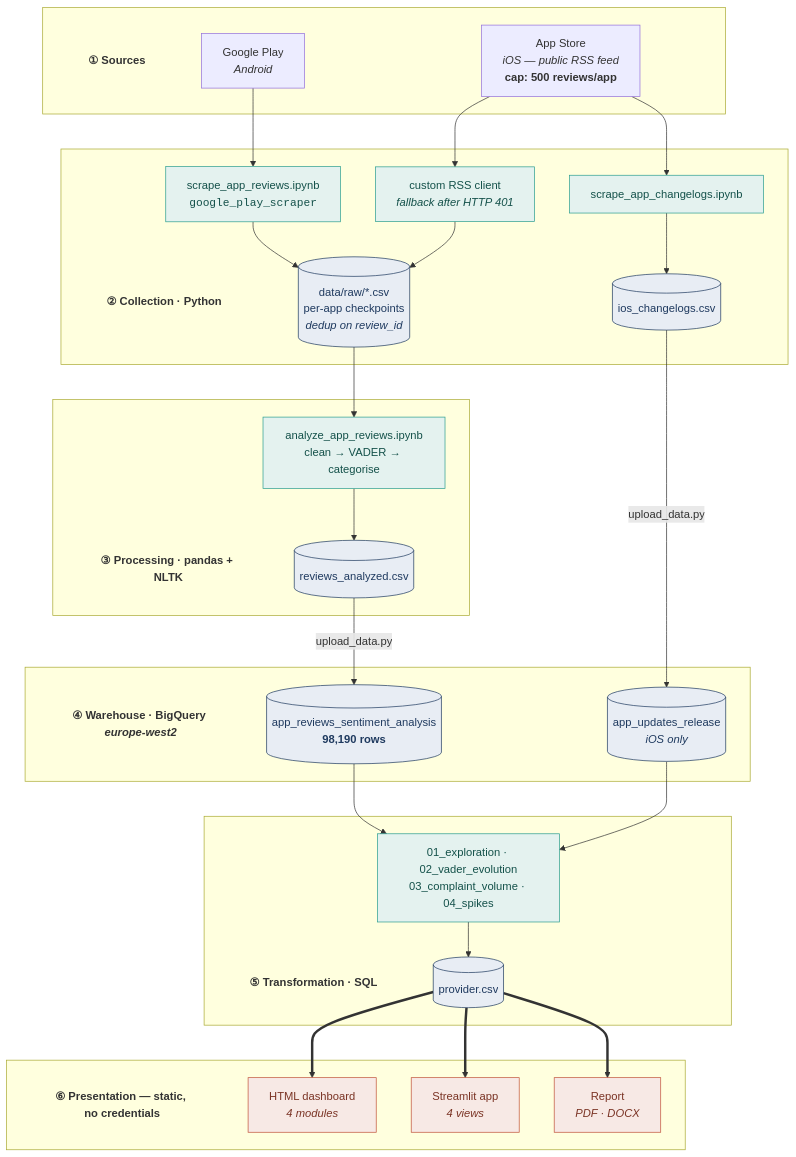
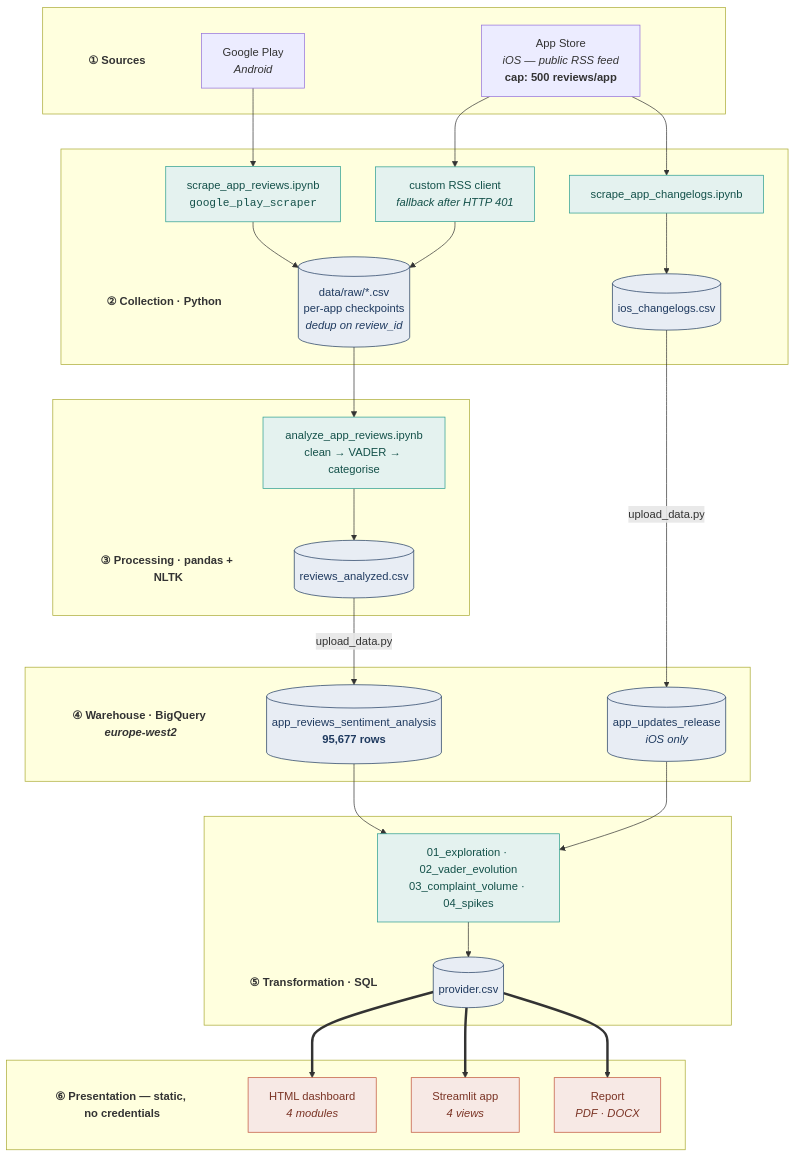
The first of 2 diagrams in README.md (tomasb1805/banking-apps-sentiment-scoring), drawn with Mermaid before and after one commit. The commit also changed other lines of this file and 6 other files, not shown here.

````diff
--- a/README.md
+++ b/README.md
@@ -93,68 +104,68 @@
 ```mermaid
 flowchart TB
     subgraph SRC[" "]
         SRCT["① Sources"]
         GP["Google Play<br/><i>Android</i>"]
         AS["App Store<br/><i>iOS — public RSS feed</i><br/><b>cap: 500 reviews/app</b>"]
     end
 
     subgraph COL[" "]
         COLT["② Collection · Python"]
         SC1["scrape_app_reviews.ipynb<br/><code>google_play_scraper</code>"]
         SC2["custom RSS client<br/><i>fallback after HTTP 401</i>"]
         SC3["scrape_app_changelogs.ipynb"]
         CKPT[("data/raw/*.csv<br/>per-app checkpoints<br/><i>dedup on review_id</i>")]
         VERS[("ios_changelogs.csv")]
     end
 
     subgraph PROC[" "]
         PROCT["③ Processing · pandas + NLTK"]
         CLEAN["analyze_app_reviews.ipynb<br/>clean → VADER → categorise"]
         OUT[("reviews_analyzed.csv")]
     end
 
     subgraph BQ[" "]
         BQT["④ Warehouse · BigQuery <i>europe-west2</i>"]
-        FACT[("app_reviews_sentiment_analysis<br/><b>98,190 rows</b>")]
+        FACT[("app_reviews_sentiment_analysis<br/><b>95,677 rows</b>")]
         REL[("app_updates_release<br/><i>iOS only</i>")]
     end
 
     subgraph SQL[" "]
         SQLT["⑤ Transformation · SQL"]
         Q["01_exploration · 02_vader_evolution<br/>03_complaint_volume · 04_spikes"]
         EXP[("provider.csv")]
     end
 
     subgraph PRES[" "]
         PREST["⑥ Presentation — static, no credentials"]
         HTML["HTML dashboard<br/><i>4 modules</i>"]
         ST["Streamlit app<br/><i>4 views</i>"]
         DOC["Report<br/><i>PDF · DOCX</i>"]
     end
 
     GP --> SC1 --> CKPT
     AS --> SC2 --> CKPT
     AS --> SC3 --> VERS
 
     CKPT --> CLEAN --> OUT
     OUT -->|upload_data.py| FACT
     VERS -->|upload_data.py| REL
 
     FACT --> Q
     REL --> Q
     Q --> EXP
 
     EXP ==> HTML
     EXP ==> ST
     EXP ==> DOC
 
     classDef hdr fill:none,stroke:none,font-weight:bold
     class SRCT,COLT,PROCT,BQT,SQLT,PREST hdr
     classDef store fill:#E8EDF4,stroke:#1F3A5F,stroke-width:1px,color:#1F3A5F
     classDef proc fill:#E4F2EF,stroke:#2A9D8F,stroke-width:1px,color:#14514A
     classDef pres fill:#F7E9E5,stroke:#C0533A,stroke-width:1px,color:#7A3324
     class CKPT,VERS,OUT,FACT,REL,EXP store
     class SC1,SC2,SC3,CLEAN,Q proc
     class HTML,ST,DOC pres
 
 ```
````
